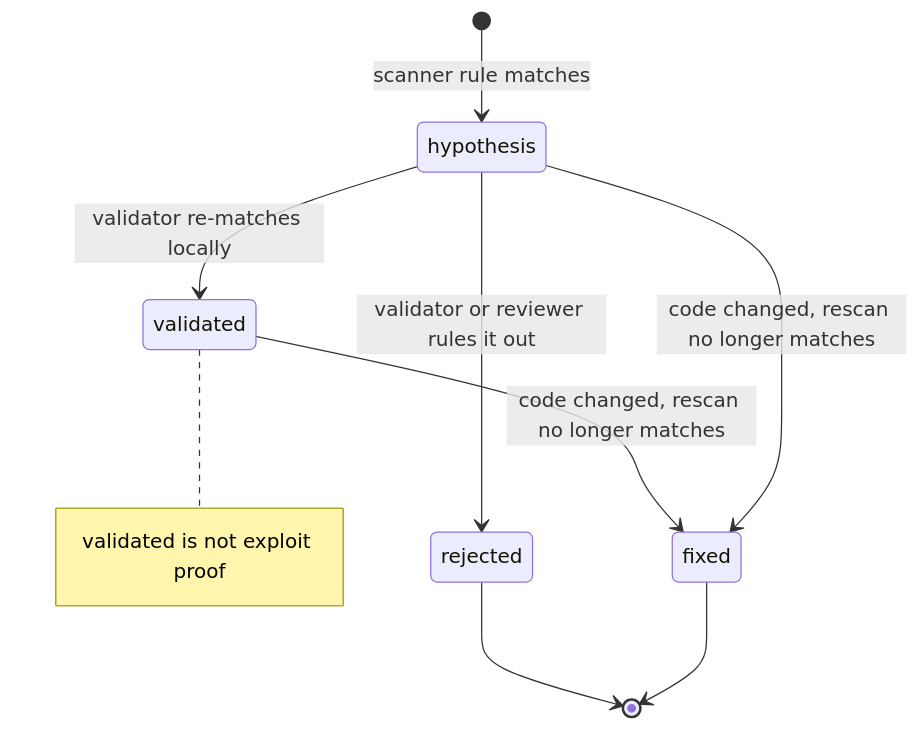
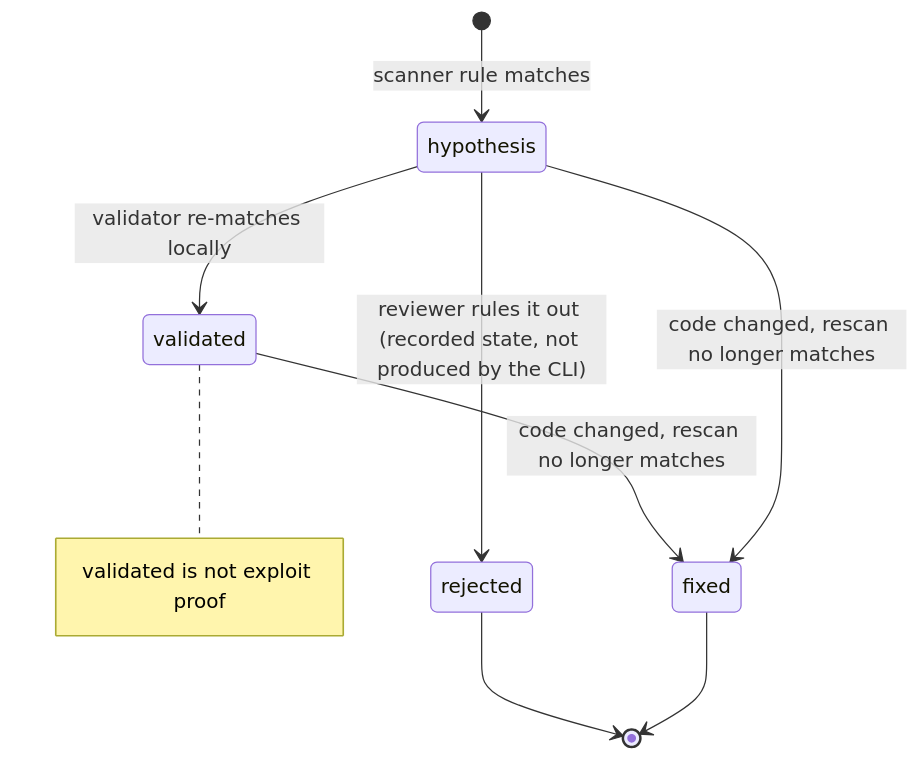
The second of 2 diagrams in README.md (yegorsokolov/security-reviewer), drawn with Mermaid before and after one commit. The commit also changed other lines of this file and 4 other files, not shown here.

````diff
--- a/README.md
+++ b/README.md
@@ -129,13 +129,13 @@
 ```mermaid
 stateDiagram-v2
     [*] --> hypothesis: scanner rule matches
     hypothesis --> validated: validator re-matches locally
-    hypothesis --> rejected: validator or reviewer rules it out
+    hypothesis --> rejected: reviewer rules it out (recorded state, not produced by the CLI)
     validated --> fixed: code changed, rescan no longer matches
     hypothesis --> fixed: code changed, rescan no longer matches
     rejected --> [*]
     fixed --> [*]
     note right of validated
         validated is not exploit proof
     end note
 ```
````
